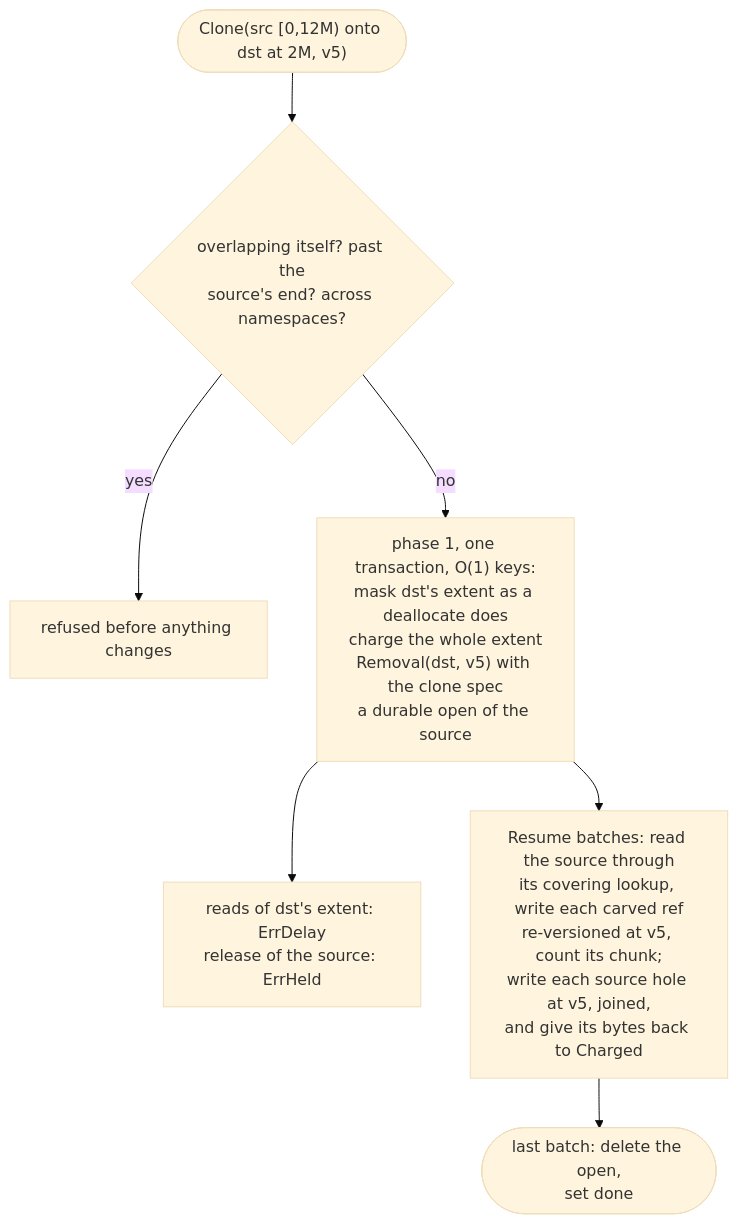
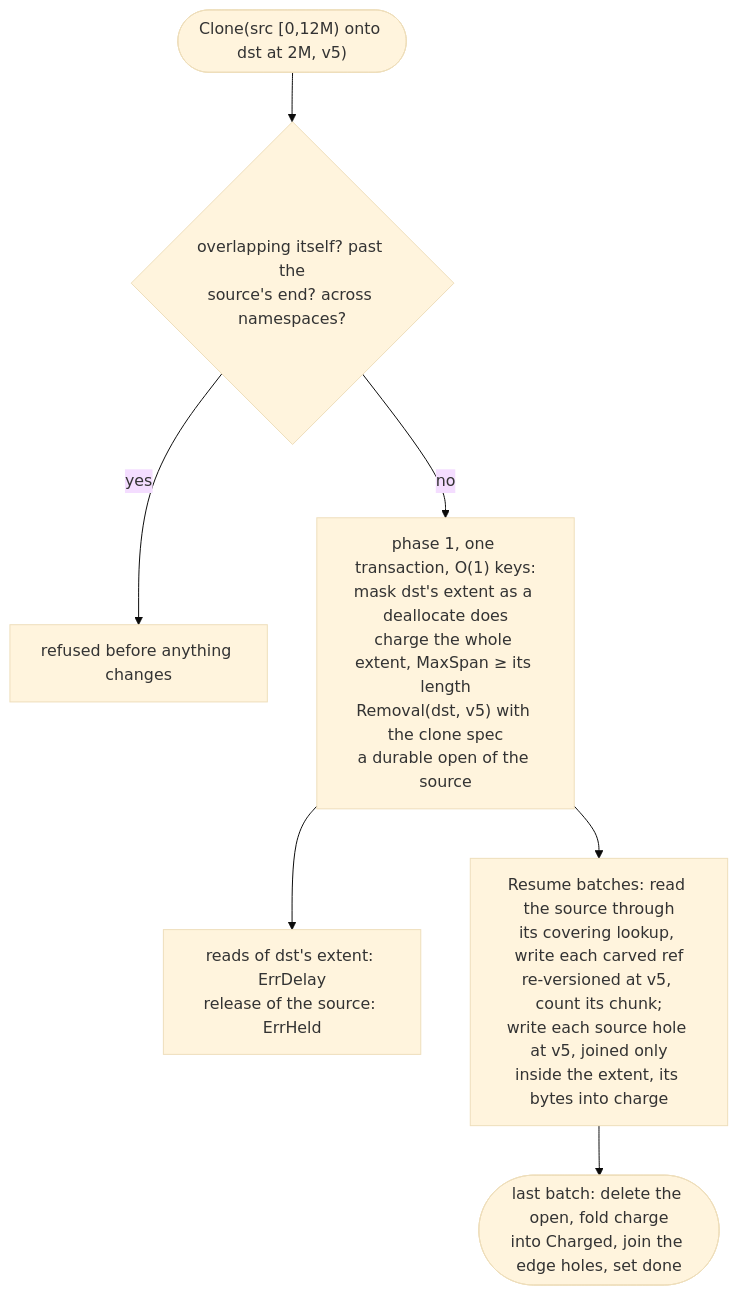
Before and after one commit to marmos91/dittofs: the ninth of 12 diagrams in docs/internals/kv-layer-guide.md, drawn with Mermaid (base theme). The commit also changed other lines of this file, not shown here.

Commit message:
docs(metadata): the guide covers removal charges and the shard indexes

````diff
--- a/docs/internals/kv-layer-guide.md
+++ b/docs/internals/kv-layer-guide.md
@@ -372,9 +379,9 @@
 ```mermaid
 flowchart TB
   c(["Clone(src [0,12M) onto dst at 2M, v5)"]) --> refuse{"overlapping itself? past the<br/>source's end? across namespaces?"}
   refuse -- yes --> no["refused before anything changes"]
-  refuse -- no --> p1["phase 1, one transaction, O(1) keys:<br/>mask dst's extent as a deallocate does<br/>charge the whole extent<br/>Removal(dst, v5) with the clone spec<br/>a durable open of the source"]
+  refuse -- no --> p1["phase 1, one transaction, O(1) keys:<br/>mask dst's extent as a deallocate does<br/>charge the whole extent, MaxSpan ≥ its length<br/>Removal(dst, v5) with the clone spec<br/>a durable open of the source"]
   p1 --> wait["reads of dst's extent: ErrDelay<br/>release of the source: ErrHeld"]
-  p1 --> p2["Resume batches: read the source through<br/>its covering lookup, write each carved ref<br/>re-versioned at v5, count its chunk;<br/>write each source hole at v5, joined,<br/>and give its bytes back to Charged"]
-  p2 --> done(["last batch: delete the open,<br/>set done"])
+  p1 --> p2["Resume batches: read the source through<br/>its covering lookup, write each carved ref<br/>re-versioned at v5, count its chunk;<br/>write each source hole at v5, joined only<br/>inside the extent, its bytes into charge"]
+  p2 --> done(["last batch: delete the open, fold charge<br/>into Charged, join the edge holes, set done"])
 ```
````
